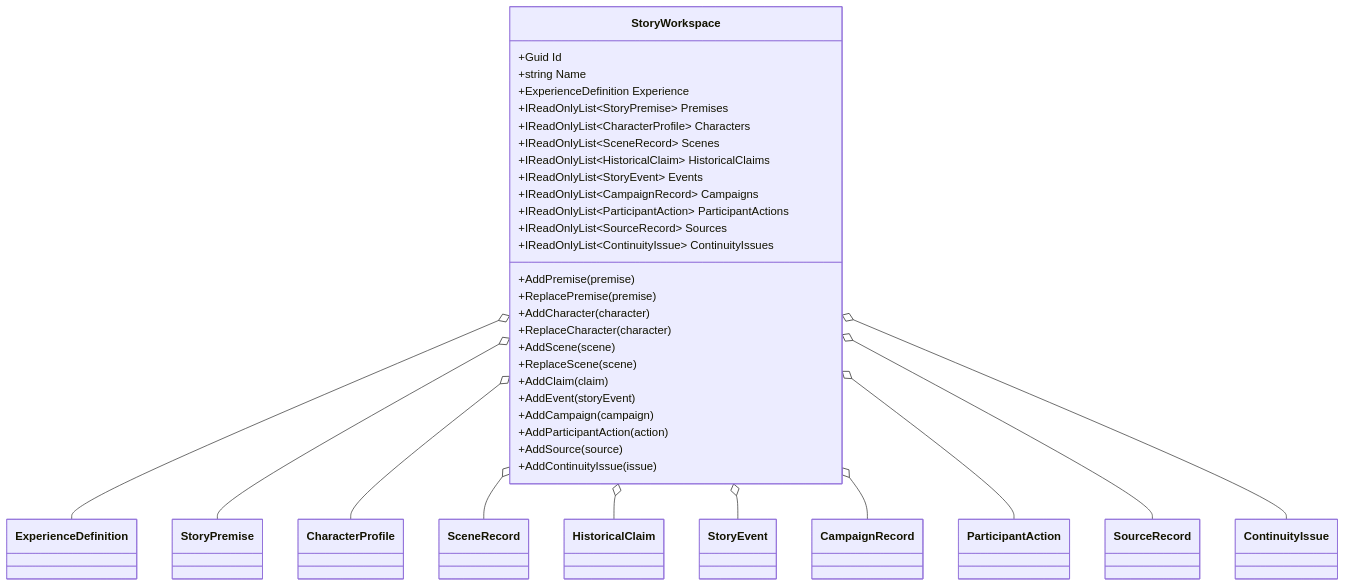
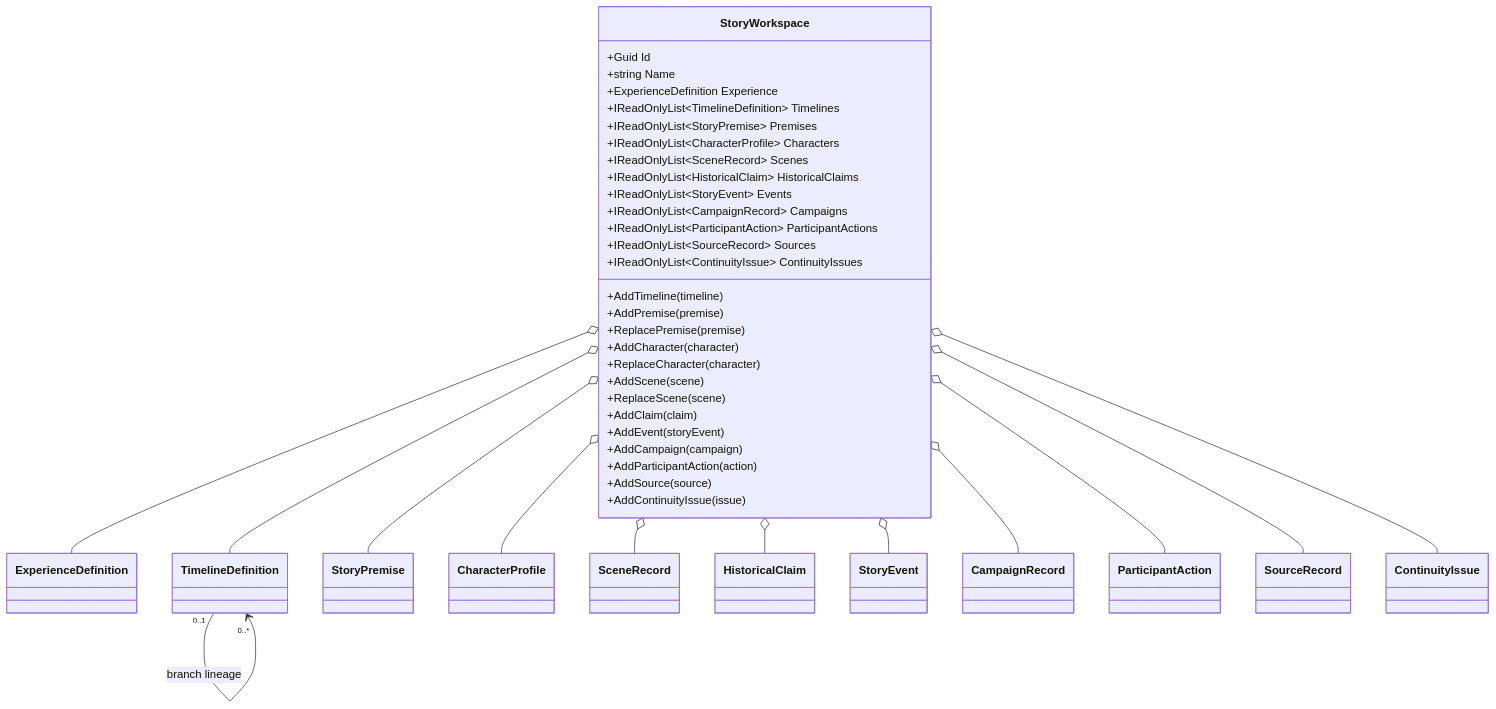
Before and after one commit to TrentBest/StoryBuilder: the diagram in docs/UML/StoryWorkspaceUML.md, drawn with Mermaid. The commit also changed other lines of this file, not shown here.

Commit message:
Reflect timeline ownership in StoryWorkspace UML

````diff
--- a/docs/UML/StoryWorkspaceUML.md
+++ b/docs/UML/StoryWorkspaceUML.md
@@ -5,39 +5,43 @@
 ```mermaid
 classDiagram
 class StoryWorkspace {
   +Guid Id
   +string Name
   +ExperienceDefinition Experience
+  +IReadOnlyList~TimelineDefinition~ Timelines
   +IReadOnlyList~StoryPremise~ Premises
   +IReadOnlyList~CharacterProfile~ Characters
   +IReadOnlyList~SceneRecord~ Scenes
   +IReadOnlyList~HistoricalClaim~ HistoricalClaims
   +IReadOnlyList~StoryEvent~ Events
   +IReadOnlyList~CampaignRecord~ Campaigns
   +IReadOnlyList~ParticipantAction~ ParticipantActions
   +IReadOnlyList~SourceRecord~ Sources
   +IReadOnlyList~ContinuityIssue~ ContinuityIssues
+  +AddTimeline(timeline)
   +AddPremise(premise)
   +ReplacePremise(premise)
   +AddCharacter(character)
   +ReplaceCharacter(character)
   +AddScene(scene)
   +ReplaceScene(scene)
   +AddClaim(claim)
   +AddEvent(storyEvent)
   +AddCampaign(campaign)
   +AddParticipantAction(action)
   +AddSource(source)
   +AddContinuityIssue(issue)
 }
 StoryWorkspace o-- ExperienceDefinition
+StoryWorkspace o-- TimelineDefinition
 StoryWorkspace o-- StoryPremise
 StoryWorkspace o-- CharacterProfile
 StoryWorkspace o-- SceneRecord
 StoryWorkspace o-- HistoricalClaim
 StoryWorkspace o-- StoryEvent
 StoryWorkspace o-- CampaignRecord
 StoryWorkspace o-- ParticipantAction
 StoryWorkspace o-- SourceRecord
 StoryWorkspace o-- ContinuityIssue
+TimelineDefinition "0..1" --> "0..*" TimelineDefinition : branch lineage
 ```
````
